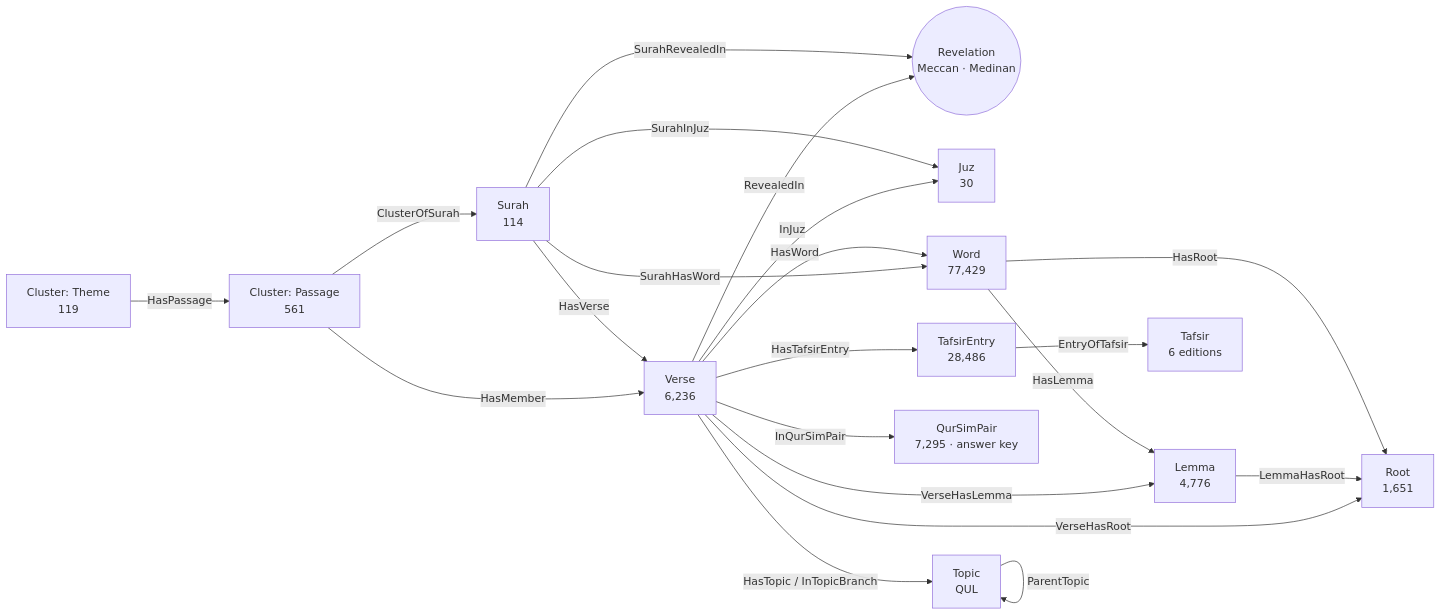
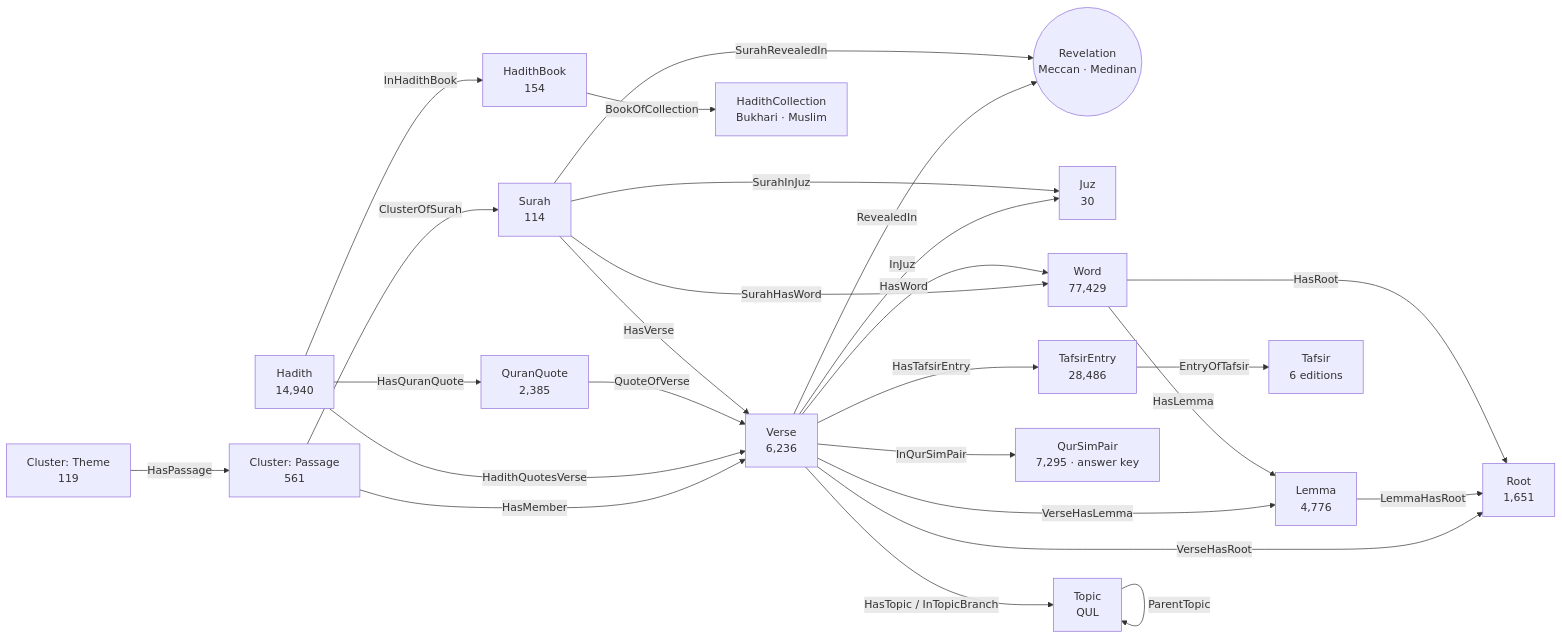
Before and after one commit to omarjabloun-hub/quran-knowledge-graph: the diagram in docs/graph-model.md, drawn with Mermaid. The commit also changed other lines of this file and 34 other files, not shown here.

First line of the commit message:
Graph and endpoints: hadith, their links to the verses, and the assistant's Hadith tools

````diff
--- a/docs/graph-model.md
+++ b/docs/graph-model.md
@@ -8,24 +8,29 @@
 ```mermaid
 flowchart LR
     Revelation((Revelation<br/>Meccan · Medinan))
     Surah[Surah<br/>114] -- HasVerse --> Verse[Verse<br/>6,236]
     Surah -- SurahInJuz --> Juz[Juz<br/>30]
     Surah -- SurahRevealedIn --> Revelation
     Verse -- InJuz --> Juz
     Verse -- RevealedIn --> Revelation
     Verse -- HasWord --> Word[Word<br/>77,429]
     Surah -- SurahHasWord --> Word
     Word -- HasRoot --> Root[Root<br/>1,651]
     Word -- HasLemma --> Lemma[Lemma<br/>4,776]
     Lemma -- LemmaHasRoot --> Root
     Verse -- VerseHasRoot --> Root
     Verse -- VerseHasLemma --> Lemma
     Verse -- HasTopic / InTopicBranch --> Topic[Topic<br/>QUL]
     Topic -- ParentTopic --> Topic
     Verse -- InQurSimPair --> QurSimPair[QurSimPair<br/>7,295 · answer key]
     Verse -- HasTafsirEntry --> TafsirEntry[TafsirEntry<br/>28,486]
     TafsirEntry -- EntryOfTafsir --> Tafsir[Tafsir<br/>6 editions]
+    Hadith[Hadith<br/>14,940] -- HasQuranQuote --> QuranQuote[QuranQuote<br/>2,385]
+    QuranQuote -- QuoteOfVerse --> Verse
+    Hadith -- HadithQuotesVerse --> Verse
+    Hadith -- InHadithBook --> HadithBook[HadithBook<br/>154]
+    HadithBook -- BookOfCollection --> HadithCollection[HadithCollection<br/>Bukhari · Muslim]
     Passage[Cluster: Passage<br/>561] -- HasMember --> Verse
     Passage -- ClusterOfSurah --> Surah
     Theme[Cluster: Theme<br/>119] -- HasPassage --> Passage
 ```
````
